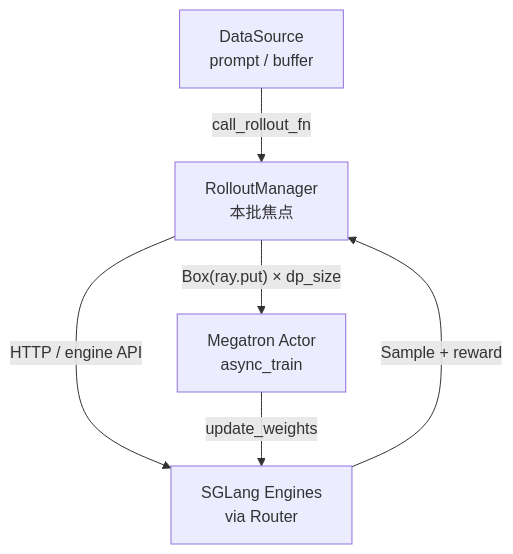
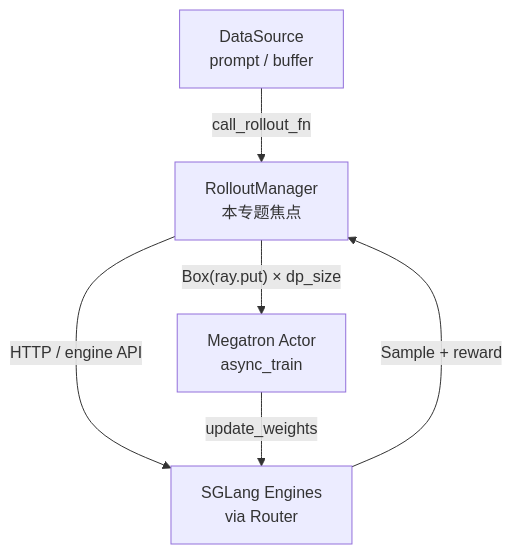
The first of 2 diagrams in slime_reading/03-Rollout生成/08-RolloutManager/08-RolloutManager-01-核心概念.md (OnlyHero5/ai-infra-reading-vault), drawn with Mermaid before and after one commit. The commit also changed other lines of this file and 421 other files, not shown here.

````diff
--- a/slime_reading/03-Rollout生成/08-RolloutManager/08-RolloutManager-01-核心概念.md
+++ b/slime_reading/03-Rollout生成/08-RolloutManager/08-RolloutManager-01-核心概念.md
@@ -32,13 +32,13 @@
 ```mermaid
 flowchart TB
     DS["DataSource<br/>prompt / buffer"]
-    RM["RolloutManager<br/>本批焦点"]
+    RM["RolloutManager<br/>本专题焦点"]
     SGL["SGLang Engines<br/>via Router"]
     TR["Megatron Actor<br/>async_train"]
 
     DS -->|"call_rollout_fn"| RM
     RM -->|"HTTP / engine API"| SGL
     SGL -->|"Sample + reward"| RM
     RM -->|"Box(ray.put) × dp_size"| TR
     TR -->|"update_weights"| SGL
 ```
````
